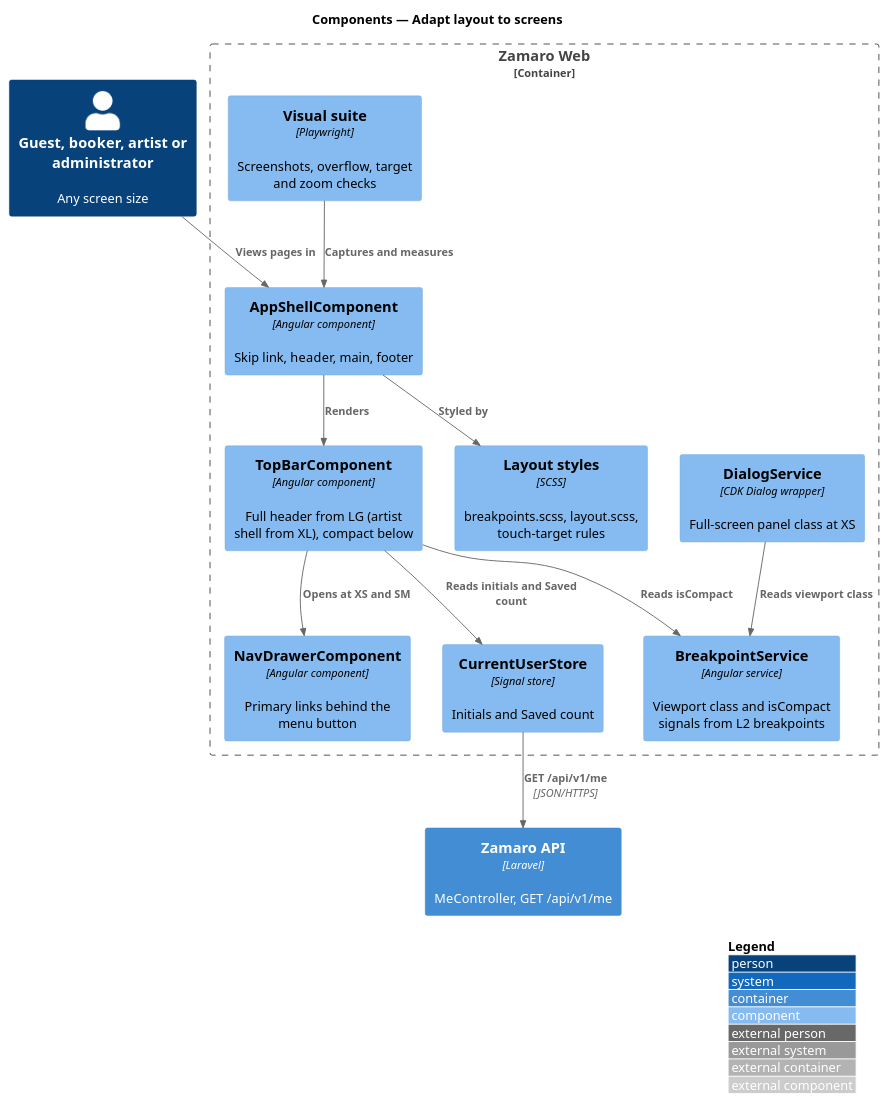
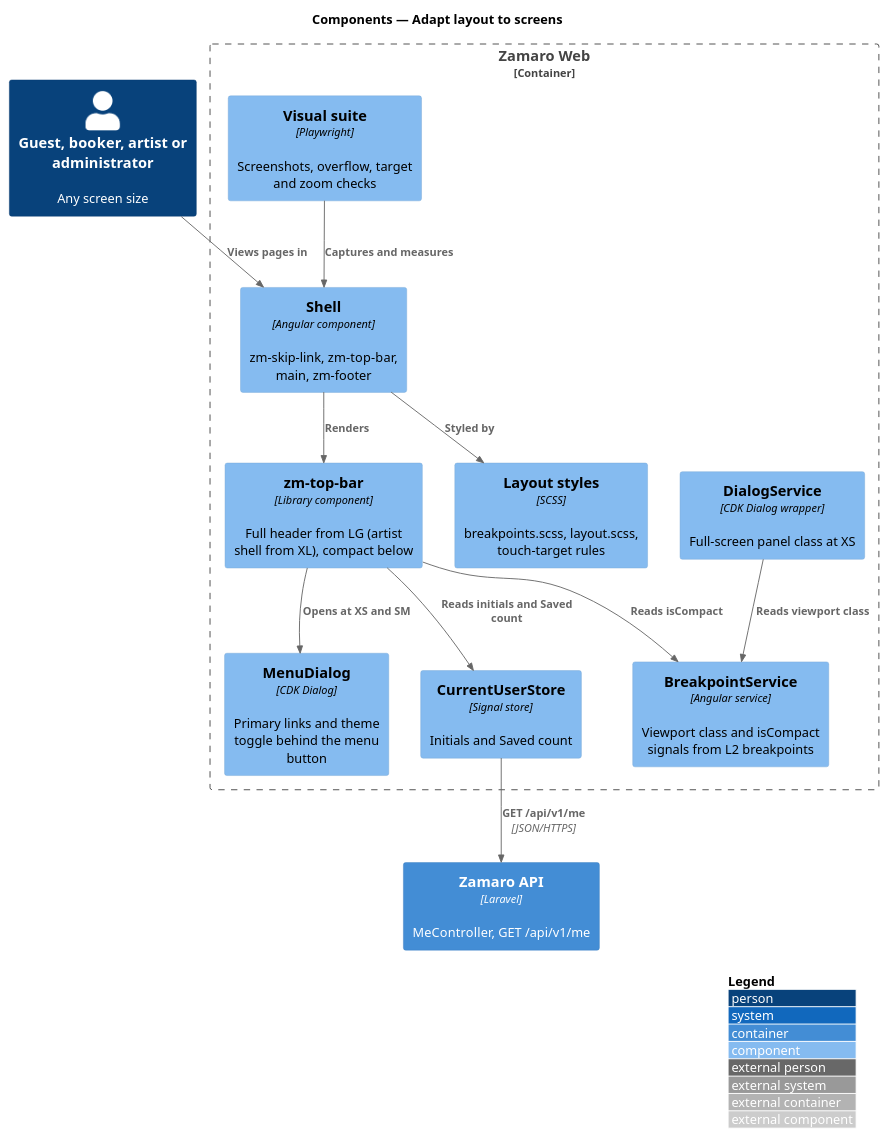
Before and after one commit to QuinntyneBrown/zamaro: the diagram in docs/detailed-designs/user-experience/adapt-layout-to-screens/diagrams/c4-component.puml, drawn with PlantUML. The commit also changed 43 other files, not shown here.

```diff
--- a/docs/detailed-designs/user-experience/adapt-layout-to-screens/diagrams/c4-component.puml
+++ b/docs/detailed-designs/user-experience/adapt-layout-to-screens/diagrams/c4-component.puml
@@ -1,27 +1,27 @@
 @startuml
 !include <C4/C4_Component>
 LAYOUT_WITH_LEGEND()
 title Components — Adapt layout to screens
 
 Person(user, "Guest, booker, artist or administrator", "Any screen size")
 Container(api, "Zamaro API", "Laravel", "MeController, GET /api/v1/me")
 Container_Boundary(web, "Zamaro Web") {
-  Component(shell, "AppShellComponent", "Angular component", "Skip link, header, main, footer")
+  Component(shell, "Shell", "Angular component", "zm-skip-link, zm-top-bar, main, zm-footer")
   Component(bp, "BreakpointService", "Angular service", "Viewport class and isCompact signals from L2 breakpoints")
-  Component(topbar, "TopBarComponent", "Angular component", "Full header from LG (artist shell from XL), compact below")
-  Component(drawer, "NavDrawerComponent", "Angular component", "Primary links behind the menu button")
+  Component(topbar, "zm-top-bar", "Library component", "Full header from LG (artist shell from XL), compact below")
+  Component(drawer, "MenuDialog", "CDK Dialog", "Primary links and theme toggle behind the menu button")
   Component(dialogs, "DialogService", "CDK Dialog wrapper", "Full-screen panel class at XS")
   Component(user_store, "CurrentUserStore", "Signal store", "Initials and Saved count")
   Component(css, "Layout styles", "SCSS", "breakpoints.scss, layout.scss, touch-target rules")
   Component(visual, "Visual suite", "Playwright", "Screenshots, overflow, target and zoom checks")
 }
 Rel(user, shell, "Views pages in")
 Rel(shell, topbar, "Renders")
 Rel(topbar, bp, "Reads isCompact")
 Rel(topbar, drawer, "Opens at XS and SM")
 Rel(topbar, user_store, "Reads initials and Saved count")
 Rel(dialogs, bp, "Reads viewport class")
 Rel(shell, css, "Styled by")
 Rel(user_store, api, "GET /api/v1/me", "JSON/HTTPS")
 Rel(visual, shell, "Captures and measures")
 @enduml
```
